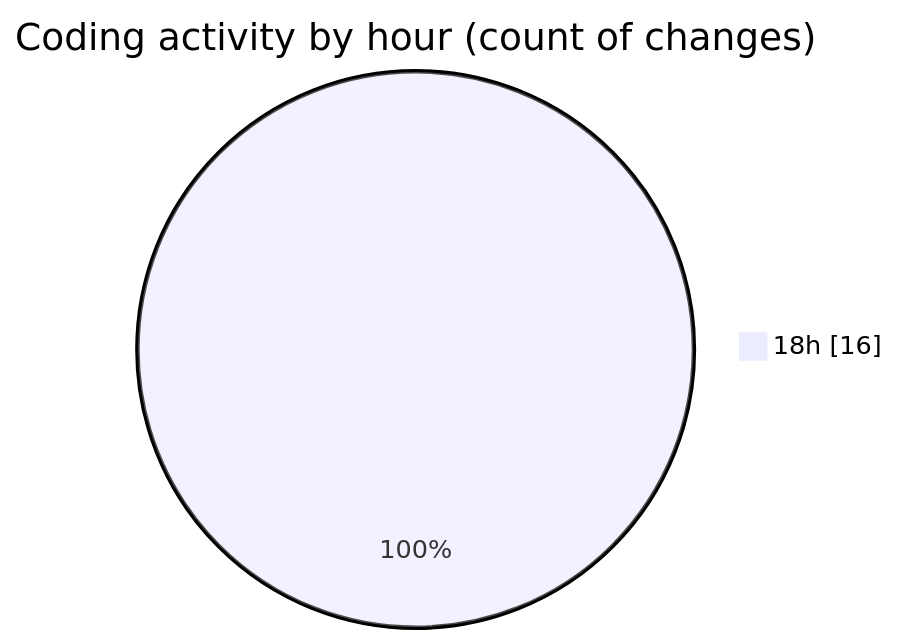
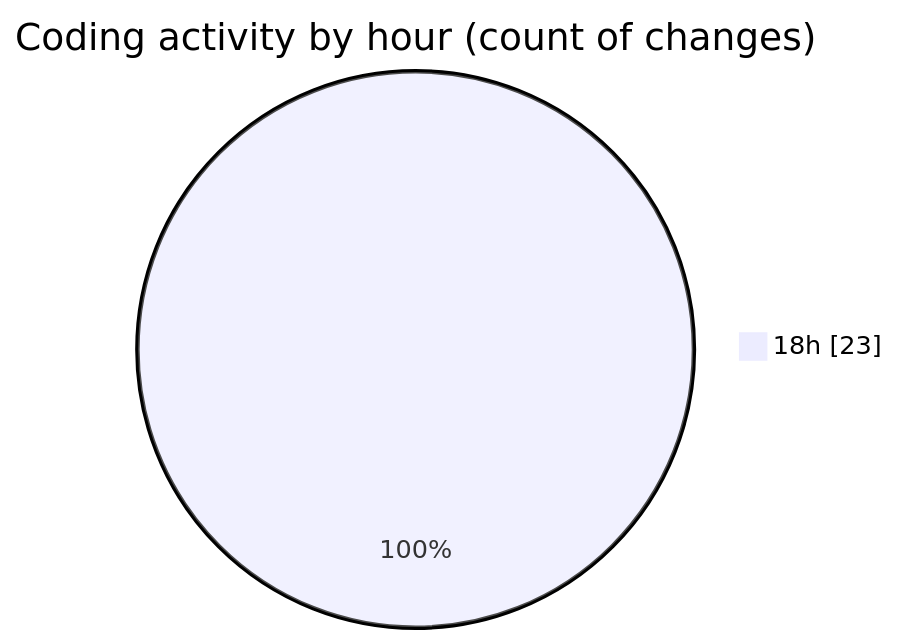
One commit to Netris89/code-tracking changed the second of 2 diagrams in 2025-05-01/date/README.md. Above: the diagram before and after it, drawn with Mermaid. The commit also changed other lines of this file and 1 other file, not shown here.

````diff
--- a/2025-05-01/date/README.md
+++ b/2025-05-01/date/README.md
@@ -30,5 +32,5 @@
 ```mermaid
 pie showData
 title Coding activity by hour (count of changes)
-"18h" : 16
+"18h" : 23
 ```
````
